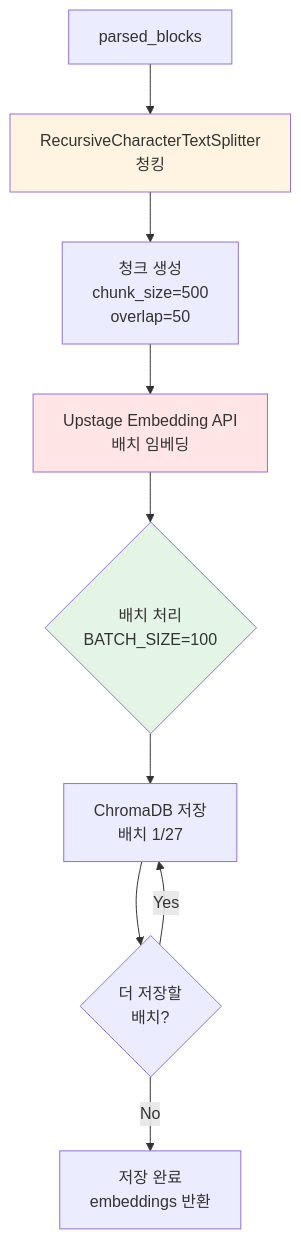
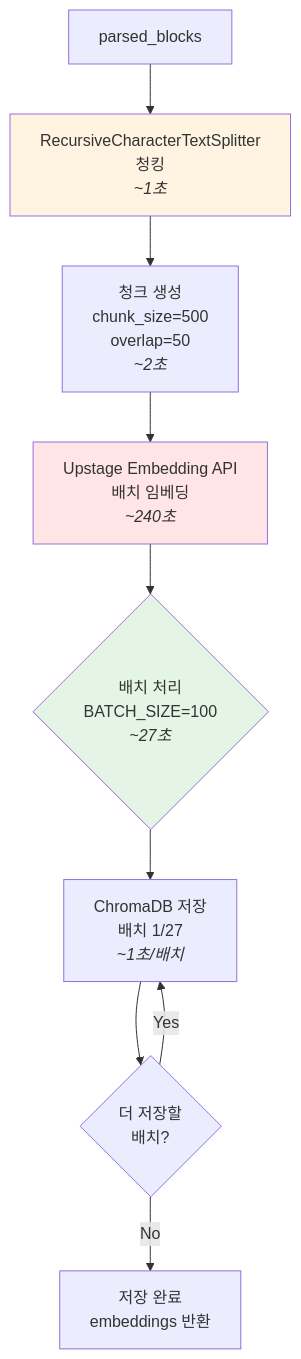
One commit to dkqpeo/obsidian changed the fourth of 18 diagrams in QA_WORKFLOW.md. Above: the diagram before and after it, drawn with Mermaid. The commit also changed other lines of this file and 1 other file, not shown here.

Commit message:
다이어그램 추가.

````diff
--- a/QA_WORKFLOW.md
+++ b/QA_WORKFLOW.md
@@ -50,15 +62,15 @@
 ```mermaid
 flowchart TD
-    A[parsed_blocks] --> B[RecursiveCharacterTextSplitter<br/>청킹]
-    B --> C[청크 생성<br/>chunk_size=500<br/>overlap=50]
-    C --> D[Upstage Embedding API<br/>배치 임베딩]
-    D --> E{배치 처리<br/>BATCH_SIZE=100}
-    E --> F[ChromaDB 저장<br/>배치 1/27]
+    A[parsed_blocks] --> B[RecursiveCharacterTextSplitter<br/>청킹<br/><i>~1초</i>]
+    B --> C[청크 생성<br/>chunk_size=500<br/>overlap=50<br/><i>~2초</i>]
+    C --> D[Upstage Embedding API<br/>배치 임베딩<br/><i>~240초</i>]
+    D --> E{배치 처리<br/>BATCH_SIZE=100<br/><i>~27초</i>}
+    E --> F[ChromaDB 저장<br/>배치 1/27<br/><i>~1초/배치</i>]
     F --> G{더 저장할<br/>배치?}
     G -->|Yes| F
     G -->|No| H[저장 완료<br/>embeddings 반환]
 
     style B fill:#fff4e1
     style D fill:#ffe5e5
     style E fill:#e5f5e5
 ```
````
